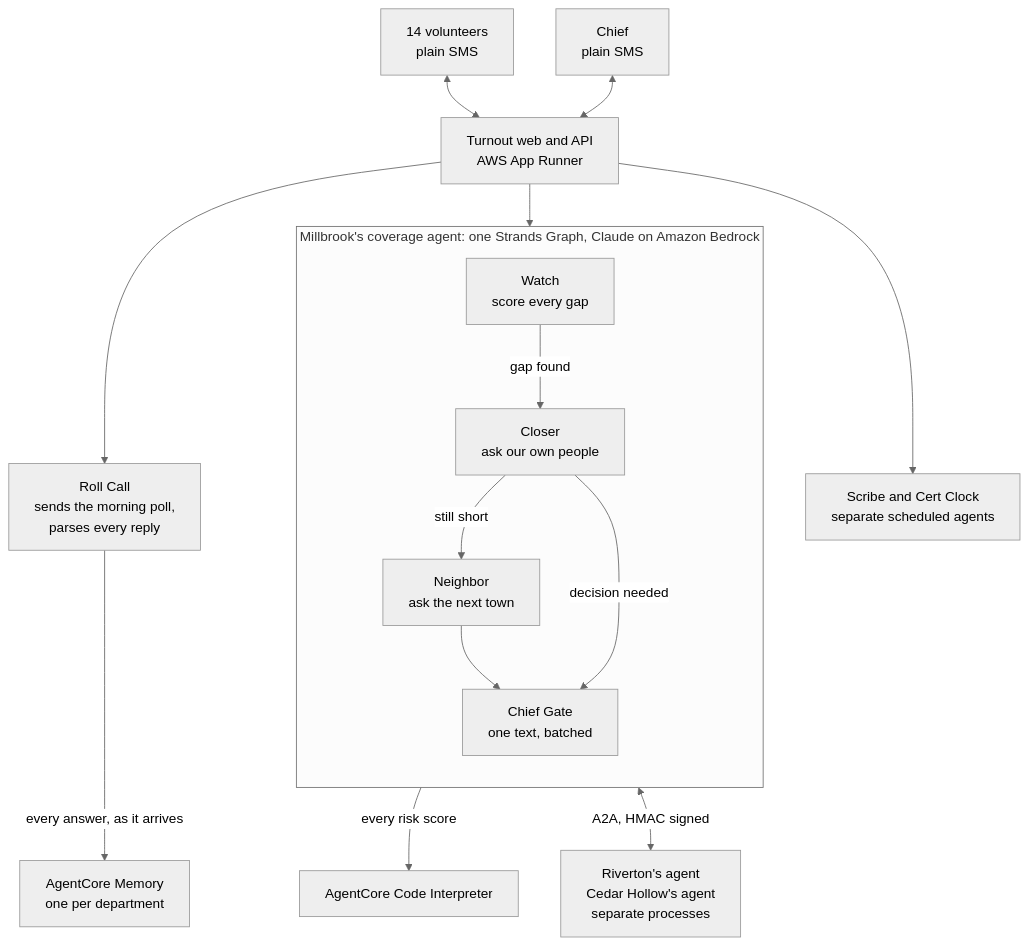
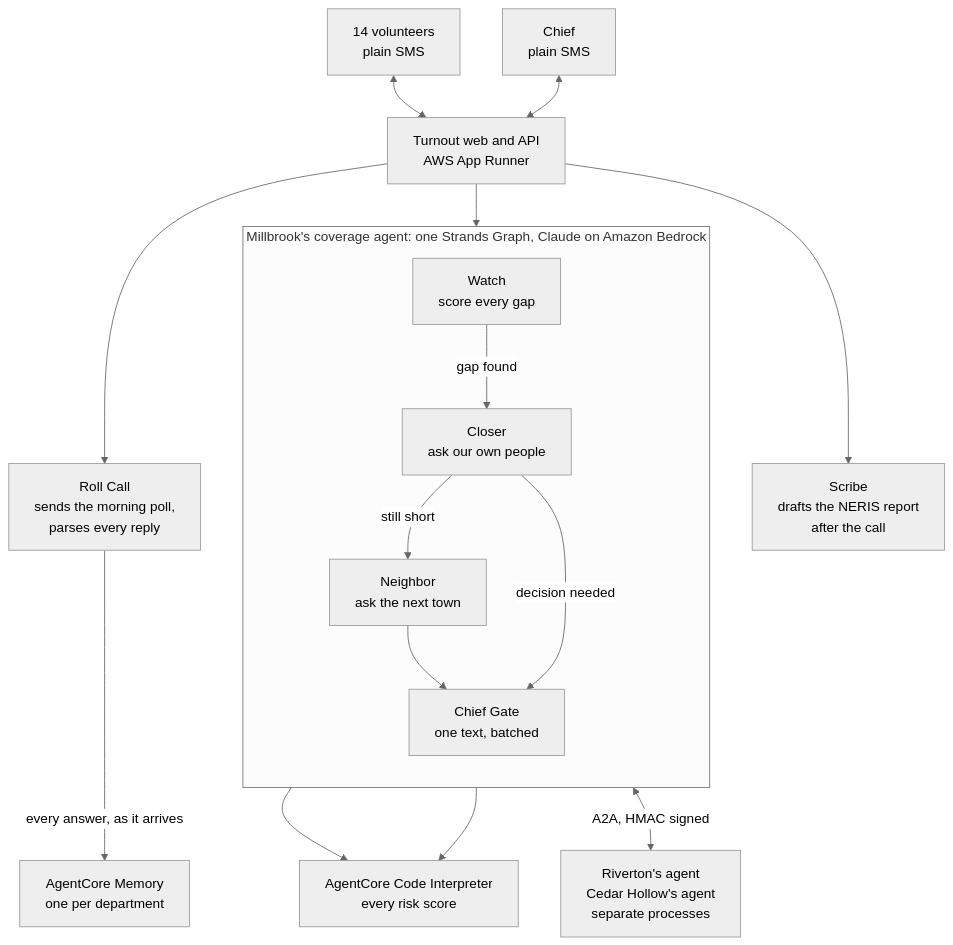
Before and after one commit to usv240/turnout: the diagram in README.md, drawn with Mermaid. The commit also changed other lines of this file, not shown here.

First paragraph of the commit message:
Audit every diagram edge against the code, and fix five more
Went through both diagrams edge by edge against the call sites rather than reading
the picture. Five things were wrong.

````diff
--- a/README.md
+++ b/README.md
@@ -62,22 +62,23 @@
 ```mermaid
 %%{init: {'theme': 'neutral'}}%%
 flowchart TB
   VOL["14 volunteers<br/>plain SMS"] <--> API
   CHIEF["Chief<br/>plain SMS"] <--> API
   API["Turnout web and API<br/>AWS App Runner"]
   API --> ROLL["Roll Call<br/>sends the morning poll,<br/>parses every reply"]
   API --> WATCH
-  API --> JOBS["Scribe and Cert Clock<br/>separate scheduled agents"]
+  API --> SCRIBE["Scribe<br/>drafts the NERIS report<br/>after the call"]
   ROLL -->|"every answer, as it arrives"| MEM["AgentCore Memory<br/>one per department"]
 
   subgraph DEPT["Millbrook's coverage agent: one Strands Graph, Claude on Amazon Bedrock"]
     direction TB
     WATCH["Watch<br/>score every gap"] -->|"gap found"| CLOSER["Closer<br/>ask our own people"]
     CLOSER -->|"still short"| NEIGHBOR["Neighbor<br/>ask the next town"]
     NEIGHBOR --> GATE["Chief Gate<br/>one text, batched"]
     CLOSER -->|"decision needed"| GATE
   end
 
-  WATCH -->|"every risk score"| CODE["AgentCore Code Interpreter"]
+  WATCH --> CODE["AgentCore Code Interpreter<br/>every risk score"]
+  CLOSER --> CODE
   NEIGHBOR <-->|"A2A, HMAC signed"| PEERS["Riverton's agent<br/>Cedar Hollow's agent<br/>separate processes"]
 ```
````
